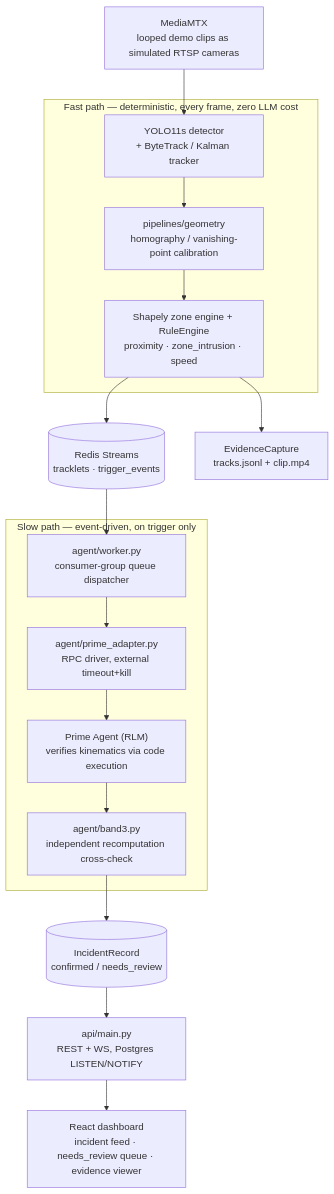
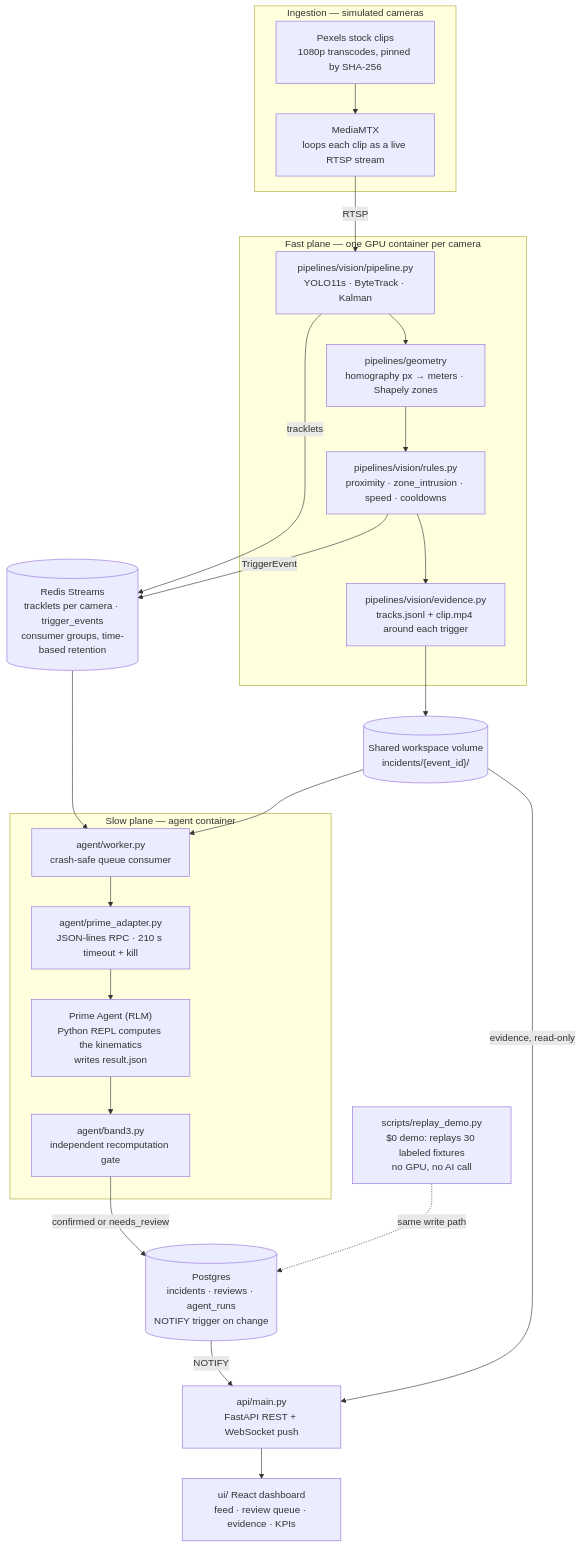
Before and after one commit to yash-rai-93/forgeguard-ai: the second of 2 diagrams in README.md, drawn with Mermaid. The commit also changed other lines of this file and 22 other files, not shown here.

````diff
--- a/README.md
+++ b/README.md
@@ -82,19 +175,44 @@
 ```mermaid
 flowchart TD
-    SRC["MediaMTX<br>looped demo clips as simulated RTSP cameras"] --> DET
-    subgraph fast["Fast path — deterministic, every frame, zero LLM cost"]
-        DET["YOLO11s detector<br>+ ByteTrack / Kalman tracker"] --> GEOM["pipelines/geometry<br>homography / vanishing-point calibration"]
-        GEOM --> RULES["Shapely zone engine + RuleEngine<br>proximity · zone_intrusion · speed"]
+    subgraph ingest["Ingestion — simulated cameras"]
+        CLIPS["Pexels stock clips<br>1080p transcodes, pinned by SHA-256"]
+        MTX["MediaMTX<br>loops each clip as a live RTSP stream"]
     end
-    RULES --> BROKER[("Redis Streams<br>tracklets · trigger_events")]
-    RULES --> EVID["EvidenceCapture<br>tracks.jsonl + clip.mp4"]
-    BROKER --> WORKER
-    subgraph slow["Slow path — event-driven, on trigger only"]
-        WORKER["agent/worker.py<br>consumer-group queue dispatcher"] --> ADAPTER["agent/prime_adapter.py<br>RPC driver, external timeout+kill"]
-        ADAPTER --> PA["Prime Agent (RLM)<br>verifies kinematics via code execution"]
-        PA --> GATE["agent/band3.py<br>independent recomputation cross-check"]
+    subgraph fastplane["Fast plane — one GPU container per camera"]
+        VIS["pipelines/vision/pipeline.py<br>YOLO11s · ByteTrack · Kalman"]
+        GEOM["pipelines/geometry<br>homography px → meters · Shapely zones"]
+        RULES["pipelines/vision/rules.py<br>proximity · zone_intrusion · speed · cooldowns"]
+        EVID["pipelines/vision/evidence.py<br>tracks.jsonl + clip.mp4 around each trigger"]
     end
-    GATE --> REC[("IncidentRecord<br>confirmed / needs_review")]
-    REC --> API["api/main.py<br>REST + WS, Postgres LISTEN/NOTIFY"]
-    API --> UI["React dashboard<br>incident feed · needs_review queue · evidence viewer"]
+    REDIS[("Redis Streams<br>tracklets per camera · trigger_events<br>consumer groups, time-based retention")]
+    VOL[("Shared workspace volume<br>incidents/{event_id}/")]
+    subgraph slowplane["Slow plane — agent container"]
+        WORK["agent/worker.py<br>crash-safe queue consumer"]
+        ADAPT["agent/prime_adapter.py<br>JSON-lines RPC · 210 s timeout + kill"]
+        PA["Prime Agent (RLM)<br>Python REPL computes the kinematics<br>writes result.json"]
+        B3["agent/band3.py<br>independent recomputation gate"]
+    end
+    PG[("Postgres<br>incidents · reviews · agent_runs<br>NOTIFY trigger on change")]
+    API["api/main.py<br>FastAPI REST + WebSocket push"]
+    UI["ui/ React dashboard<br>feed · review queue · evidence · KPIs"]
+    REPLAY["scripts/replay_demo.py<br>$0 demo: replays 30 labeled fixtures<br>no GPU, no AI call"]
+
+    CLIPS --> MTX
+    MTX -->|RTSP| VIS
+    VIS --> GEOM
+    GEOM --> RULES
+    VIS -->|tracklets| REDIS
+    RULES -->|TriggerEvent| REDIS
+    RULES --> EVID
+    EVID --> VOL
+    REDIS --> WORK
+    VOL --> WORK
+    WORK --> ADAPT
+    ADAPT --> PA
+    PA --> B3
+    B3 -->|confirmed or needs_review| PG
+    PG -->|NOTIFY| API
+    VOL -->|evidence, read-only| API
+    API --> UI
+    REPLAY -.->|same write path| PG
 ```
````
